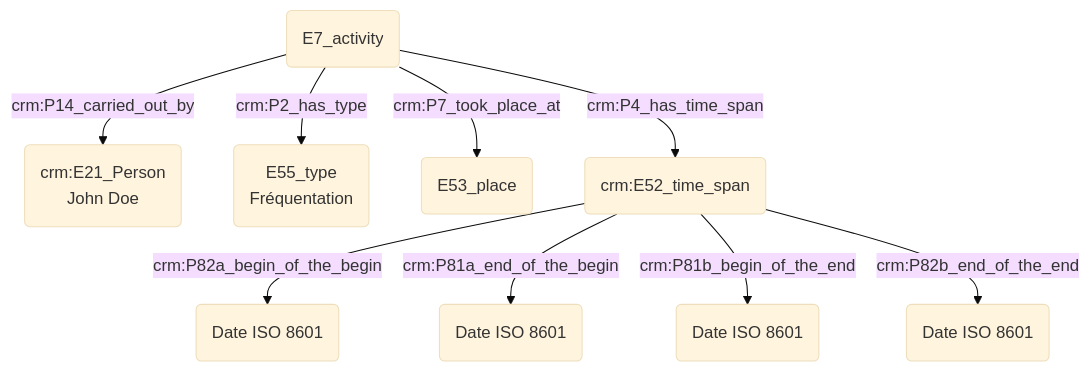
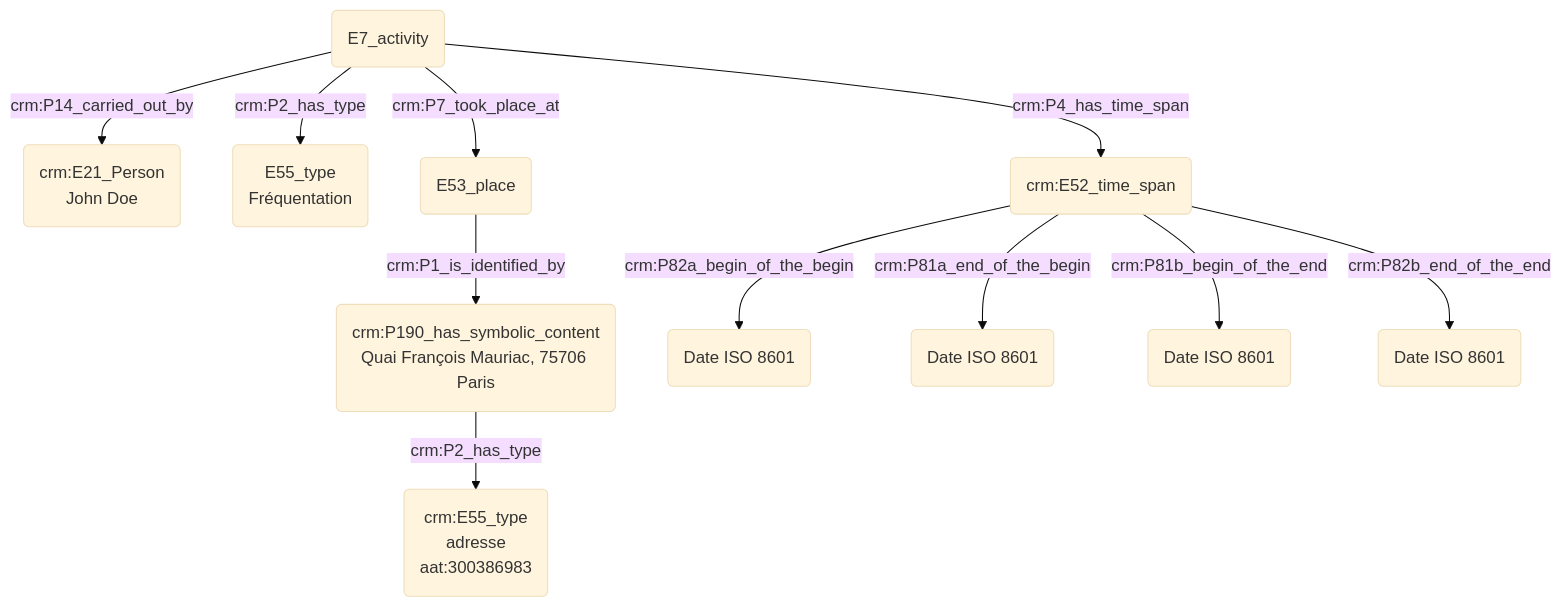
Before and after one commit to Amleth/consortium-musica2-gt2-ontologies: the diagram in modules/livrables/Dossier 2/Prosopographie/fréquentation d'un lieu à un instant donné.md, drawn with Mermaid (base theme).

Commit message:
Update fréquentation d'un lieu à un instant donné.md

````diff
--- a/modules/livrables/Dossier 2/Prosopographie/fréquentation d'un lieu à un instant donné.md
+++ b/modules/livrables/Dossier 2/Prosopographie/fréquentation d'un lieu à un instant donné.md
@@ -17,14 +17,16 @@
 ```mermaid
 graph TD;
 
 B(E7_activity) -->|crm:P14_carried_out_by| A("crm:E21_Person<br>John Doe")
 B(E7_activity) -->|crm:P2_has_type| C(E55_type<br>Fréquentation)
 
 B(E7_activity) -->|crm:P7_took_place_at| I(E53_place)
+I(E53_place) --> |crm:P1_is_identified_by| J(crm:P190_has_symbolic_content<br>Quai François Mauriac, 75706 Paris)
+J(crm:P190_has_symbolic_content<br>Quai François Mauriac, 75706 Paris) --> |crm:P2_has_type| K(crm:E55_type<br>adresse<br>aat:300386983)
 
 B(E7_activity) --> |crm:P4_has_time_span| D(crm:E52_time_span)
 D(crm:E52_time_span) --> |crm:P82a_begin_of_the_begin| E("Date ISO 8601")
 D(crm:E52_time_span) --> |crm:P81a_end_of_the_begin| F("Date ISO 8601")
 D(crm:E52_time_span) --> |crm:P81b_begin_of_the_end|G("Date ISO 8601")
 D(crm:E52_time_span) --> |crm:P82b_end_of_the_end| H("Date ISO 8601")
 ```
````
